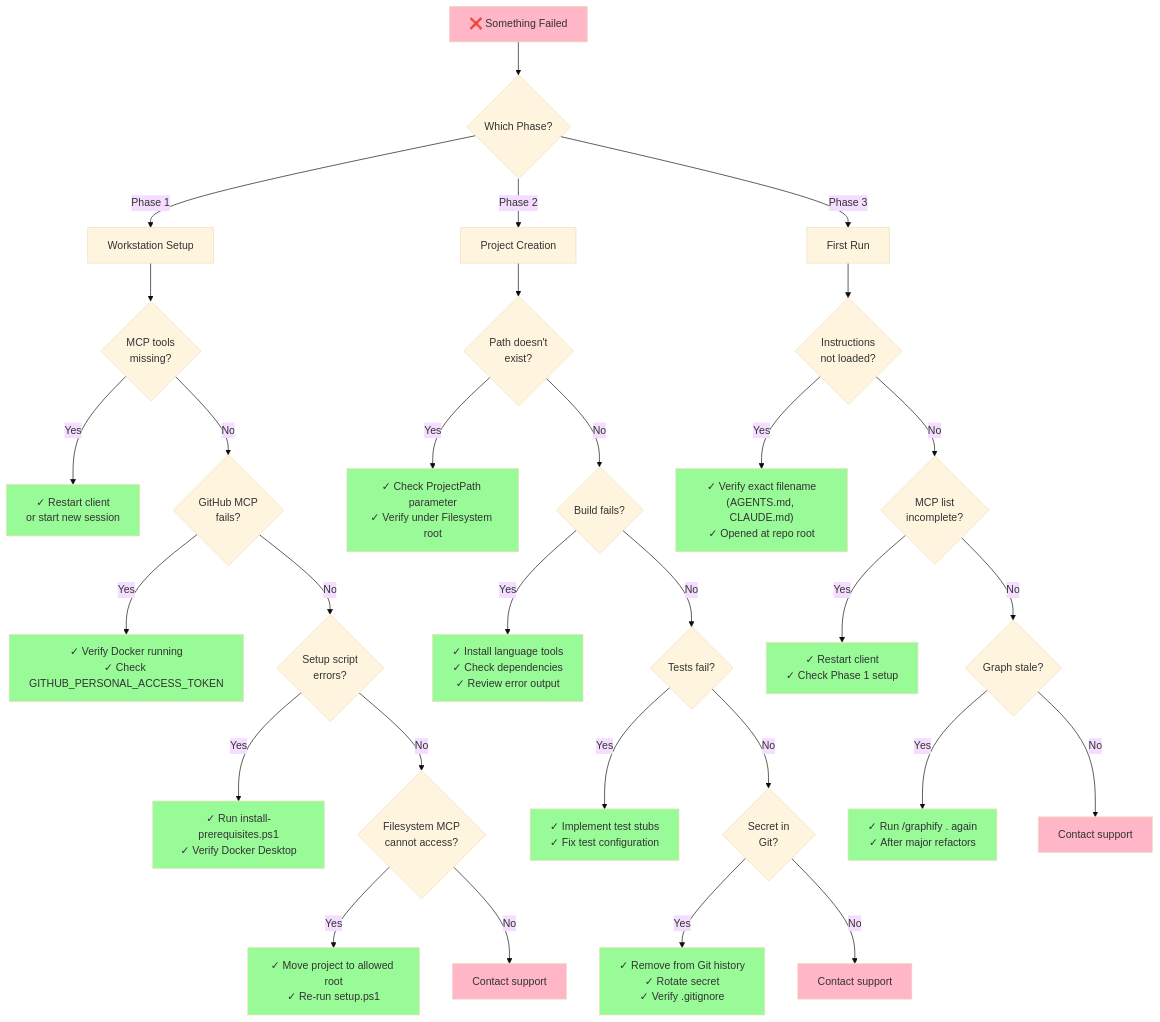
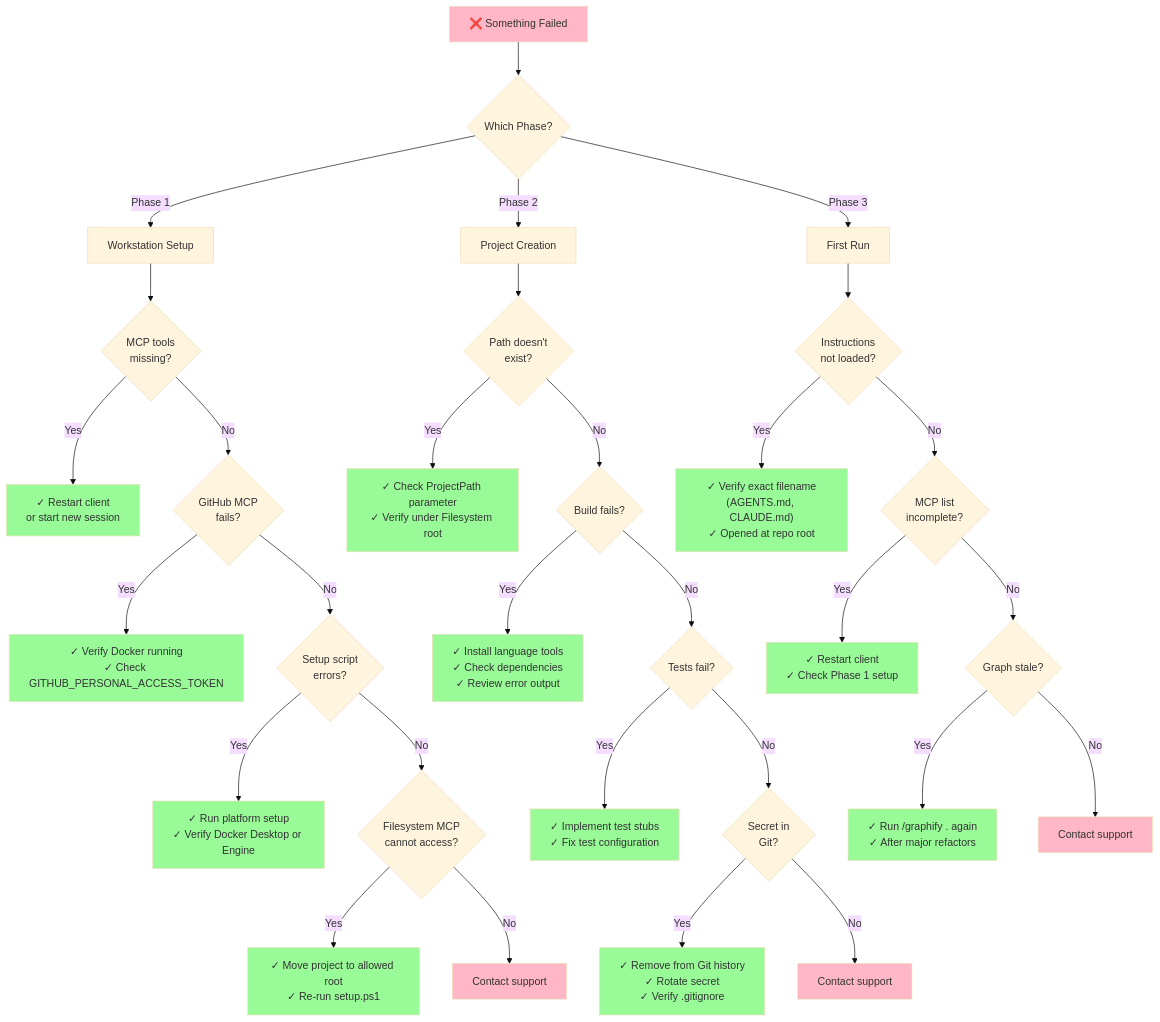
The eighth of 10 diagrams in setup/docs/architecture/setup-flowcharts.md (The-Running-Dev/SubZeroDev.Workspace), drawn with Mermaid (base theme) before and after one commit. The commit also changed other lines of this file and 26 other files, not shown here.

Commit message:
Add cross-platform workstation setup

````diff
--- a/setup/docs/architecture/setup-flowcharts.md
+++ b/setup/docs/architecture/setup-flowcharts.md
@@ -372,60 +372,60 @@
 ```mermaid
 graph TD
     Issue["❌ Something Failed"] --> Phase{Which Phase?}
     
     Phase -->|Phase 1| P1Issue["Workstation Setup"]
     Phase -->|Phase 2| P2Issue["Project Creation"]
     Phase -->|Phase 3| P3Issue["First Run"]
     
     P1Issue --> P1Q1{"MCP tools<br/>missing?"}
     P1Q1 -->|Yes| P1A1["✓ Restart client<br/>or start new session"]
     P1Q1 -->|No| P1Q2{"GitHub MCP<br/>fails?"}
     
     P1Q2 -->|Yes| P1A2["✓ Verify Docker running<br/>✓ Check GITHUB_PERSONAL_ACCESS_TOKEN"]
     P1Q2 -->|No| P1Q3{"Setup script<br/>errors?"}
     
-    P1Q3 -->|Yes| P1A3["✓ Run install-prerequisites.ps1<br/>✓ Verify Docker Desktop"]
+    P1Q3 -->|Yes| P1A3["✓ Run platform setup<br/>✓ Verify Docker Desktop or Engine"]
     P1Q3 -->|No| P1Q4{"Filesystem MCP<br/>cannot access?"}
     
     P1Q4 -->|Yes| P1A4["✓ Move project to allowed root<br/>✓ Re-run setup.ps1"]
     P1Q4 -->|No| P1End["Contact support"]
     
     P2Issue --> P2Q1{"Path doesn't<br/>exist?"}
     P2Q1 -->|Yes| P2A1["✓ Check ProjectPath parameter<br/>✓ Verify under Filesystem root"]
     P2Q1 -->|No| P2Q2{"Build fails?"}
     
     P2Q2 -->|Yes| P2A2["✓ Install language tools<br/>✓ Check dependencies<br/>✓ Review error output"]
     P2Q2 -->|No| P2Q3{"Tests fail?"}
     
     P2Q3 -->|Yes| P2A3["✓ Implement test stubs<br/>✓ Fix test configuration"]
     P2Q3 -->|No| P2Q4{"Secret in<br/>Git?"}
     
     P2Q4 -->|Yes| P2A4["✓ Remove from Git history<br/>✓ Rotate secret<br/>✓ Verify .gitignore"]
     P2Q4 -->|No| P2End["Contact support"]
     
     P3Issue --> P3Q1{"Instructions<br/>not loaded?"}
     P3Q1 -->|Yes| P3A1["✓ Verify exact filename<br/>(AGENTS.md, CLAUDE.md)<br/>✓ Opened at repo root"]
     P3Q1 -->|No| P3Q2{"MCP list<br/>incomplete?"}
     
     P3Q2 -->|Yes| P3A2["✓ Restart client<br/>✓ Check Phase 1 setup"]
     P3Q2 -->|No| P3Q3{"Graph stale?"}
     
     P3Q3 -->|Yes| P3A3["✓ Run /graphify . again<br/>✓ After major refactors"]
     P3Q3 -->|No| P3End["Contact support"]
     
     style Issue fill:#FFB6C6
     style P1End fill:#FFB6C6
     style P2End fill:#FFB6C6
     style P3End fill:#FFB6C6
     style P1A1 fill:#98FB98
     style P1A2 fill:#98FB98
     style P1A3 fill:#98FB98
     style P1A4 fill:#98FB98
     style P2A1 fill:#98FB98
     style P2A2 fill:#98FB98
     style P2A3 fill:#98FB98
     style P2A4 fill:#98FB98
     style P3A1 fill:#98FB98
     style P3A2 fill:#98FB98
     style P3A3 fill:#98FB98
 ```
````
